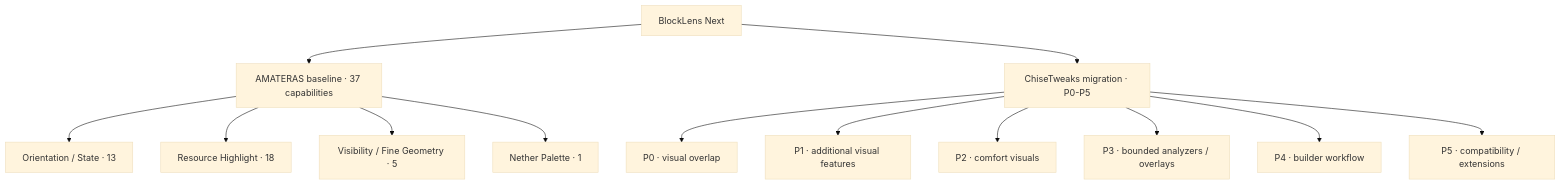
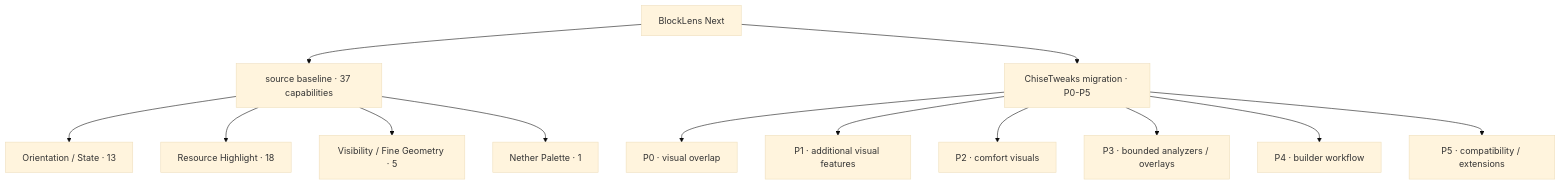
One commit to bosatsu25/BlockLens changed the first of 6 diagrams in README.md. Above: the diagram before and after it, drawn with Mermaid (base theme). The commit also changed other lines of this file and 58 other files, not shown here.

````diff
--- a/README.md
+++ b/README.md
@@ -21,18 +21,18 @@
 ```mermaid
 flowchart TB
     BL[BlockLens Next]
-    BL --> AM[AMATERAS baseline · 37 capabilities]
+    BL --> AM[source baseline · 37 capabilities]
     BL --> CH[ChiseTweaks migration · P0-P5]
 
     AM --> D[Orientation / State · 13]
     AM --> R[Resource Highlight · 18]
     AM --> V[Visibility / Fine Geometry · 5]
     AM --> N[Nether Palette · 1]
 
     CH --> P0[P0 · visual overlap]
     CH --> P1[P1 · additional visual features]
     CH --> P2[P2 · comfort visuals]
     CH --> P3[P3 · bounded analyzers / overlays]
     CH --> P4[P4 · builder workflow]
     CH --> P5[P5 · compatibility / extensions]
 ```
````
